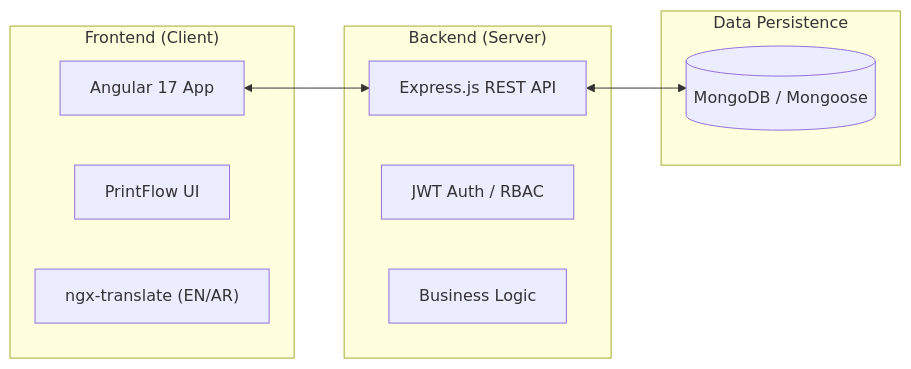
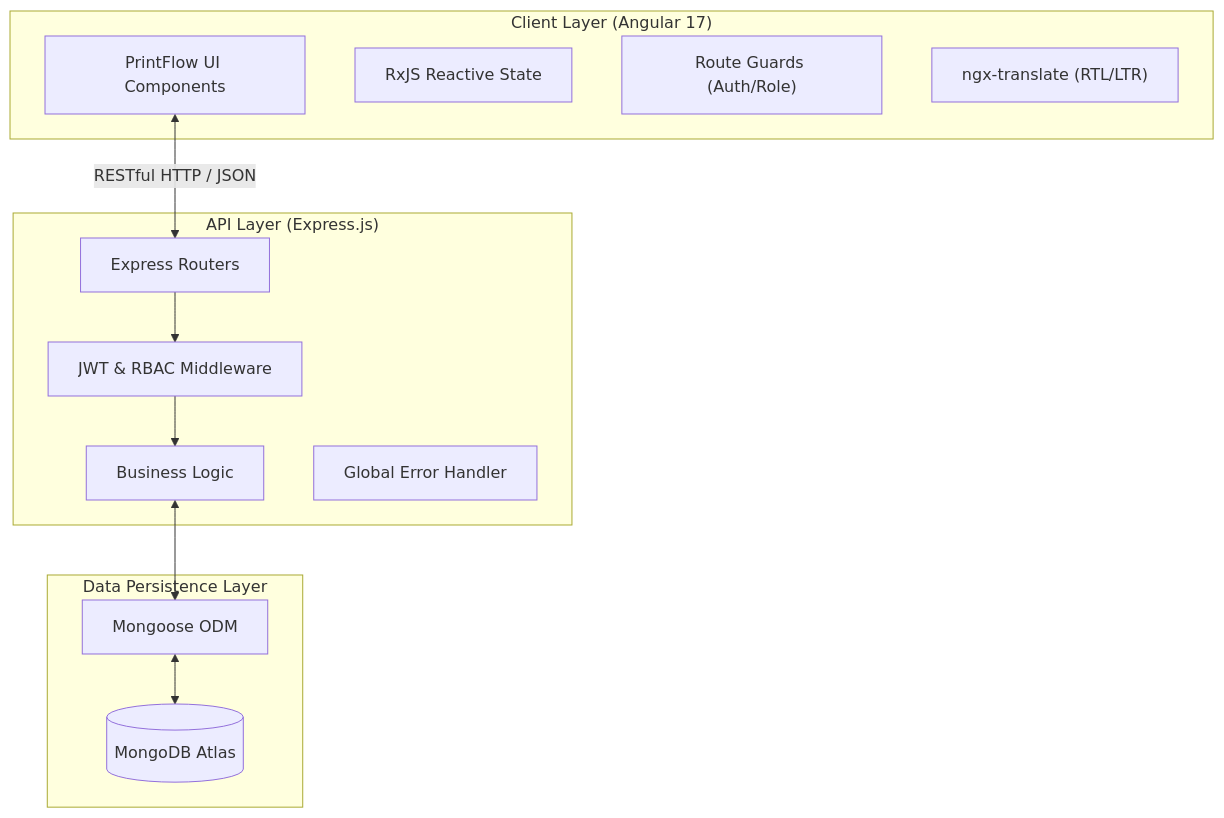
The first of 2 diagrams in README.md (MOSTAFA-MANSOUR72/Inventory-ERP-System), drawn with Mermaid before and after one commit. The commit also changed other lines of this file and 6 other files, not shown here.

````diff
--- a/README.md
+++ b/README.md
@@ -23,21 +26,27 @@
 ```mermaid
-graph LR
-    subgraph "Frontend (Client)"
-        UI["Angular 17 App"]
-        Design["PrintFlow UI"]
-        i18n["ngx-translate (EN/AR)"]
+graph TD
+    subgraph "Client Layer (Angular 17)"
+        UI["PrintFlow UI Components"]
+        Store["RxJS Reactive State"]
+        AuthG["Route Guards (Auth/Role)"]
+        i18n["ngx-translate (RTL/LTR)"]
     end
 
-    subgraph "Backend (Server)"
-        API["Express.js REST API"]
-        Auth["JWT Auth / RBAC"]
-        Logic["Business Logic"]
+    subgraph "API Layer (Express.js)"
+        Router["Express Routers"]
+        AuthM["JWT & RBAC Middleware"]
+        Controllers["Business Logic"]
+        Errors["Global Error Handler"]
     end
 
-    subgraph "Data Persistence"
-        DB[("MongoDB / Mongoose")]
+    subgraph "Data Persistence Layer"
+        ODM["Mongoose ODM"]
+        DB[("MongoDB Atlas")]
     end
 
-    UI <--> API
-    API <--> DB
+    UI <-->|RESTful HTTP / JSON| Router
+    Router --> AuthM
+    AuthM --> Controllers
+    Controllers <--> ODM
+    ODM <--> DB
 ```
````
